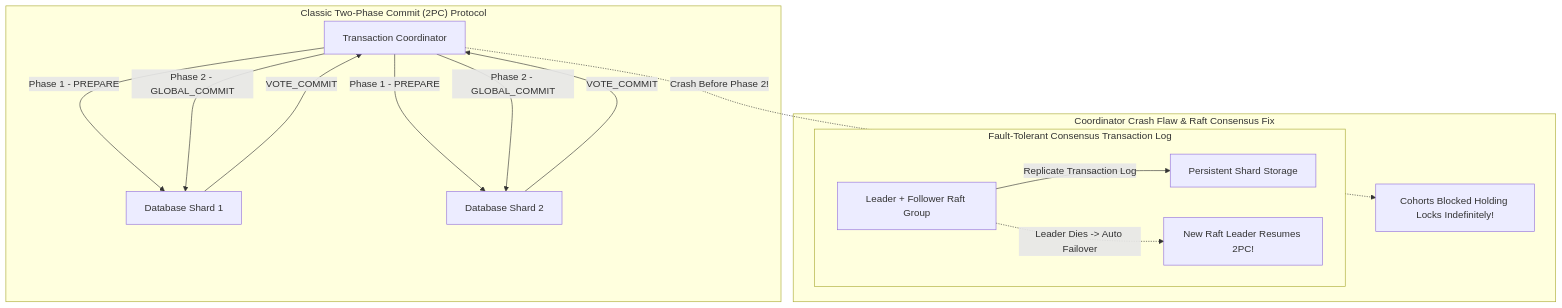
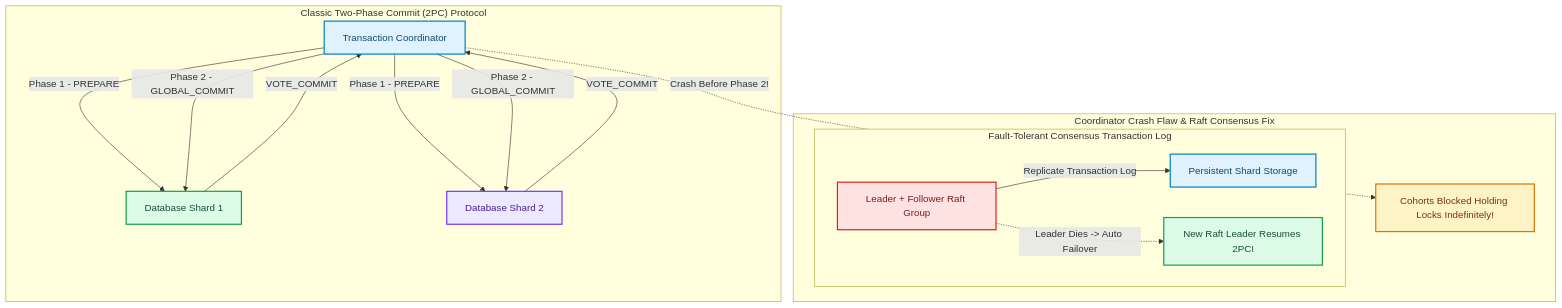
Before and after one commit to akmalkhaniub/akmalkhaniub.github.io: the diagram in blog/posts/two-phase-commit-2pc-vs-3pc-paxos-raft-commit-logs.md, drawn with Mermaid. The commit also changed other lines of this file and 1291 other files, not shown here.

First line of the commit message:
feat(catalog): unique covers, scholarly references, and diagram palettes

````diff
--- a/blog/posts/two-phase-commit-2pc-vs-3pc-paxos-raft-commit-logs.md
+++ b/blog/posts/two-phase-commit-2pc-vs-3pc-paxos-raft-commit-logs.md
@@ -23,22 +23,33 @@
 ```mermaid
 flowchart TD
   subgraph SG1_ClassicTwoPhase ["Classic Two-Phase Commit (2PC) Protocol"]
-    Coord[Transaction Coordinator] -->|Phase 1 - PREPARE| Cohort1[Database Shard 1]
-    Coord -->|Phase 1 - PREPARE| Cohort2[Database Shard 2]
+    Coord["Transaction Coordinator"] -->|Phase 1 - PREPARE| Cohort1["Database Shard 1"]
+    Coord -->|Phase 1 - PREPARE| Cohort2["Database Shard 2"]
     
     Cohort1 -->|VOTE_COMMIT| Coord
     Cohort2 -->|VOTE_COMMIT| Coord
     
     Coord -->|Phase 2 - GLOBAL_COMMIT| Cohort1
     Coord -->|Phase 2 - GLOBAL_COMMIT| Cohort2
   end
   
   subgraph SG2_CoordinatorCrashFlaw ["Coordinator Crash Flaw & Raft Consensus Fix"]
     Coord -.->|Crash Before Phase 2!| Blocked[" Cohorts Blocked Holding Locks Indefinitely!"]
     
     subgraph SG3_FaultTolerantConsensus ["Fault-Tolerant Consensus Transaction Log"]
-      RaftGroup["Leader + Follower Raft Group"] -->|Replicate Transaction Log| Storage[Persistent Shard Storage]
-      RaftGroup -.->|Leader Dies -> Auto Failover| NewLeader[New Raft Leader Resumes 2PC!]
+      RaftGroup["Leader + Follower Raft Group"] -->|Replicate Transaction Log| Storage["Persistent Shard Storage"]
+      RaftGroup -.->|Leader Dies -> Auto Failover| NewLeader["New Raft Leader Resumes 2PC!"]
     end
   end
+
+classDef green fill:#dcfce7,stroke:#16a34a,stroke-width:2px,color:#14532d;
+classDef red fill:#fee2e2,stroke:#dc2626,stroke-width:2px,color:#7f1d1d;
+classDef blue fill:#e0f2fe,stroke:#0284c7,stroke-width:2px,color:#0c4a6e;
+classDef yellow fill:#fef3c7,stroke:#d97706,stroke-width:2px,color:#78350f;
+classDef purple fill:#ede9fe,stroke:#7c3aed,stroke-width:2px,color:#4c1d95;
+class Coord,Storage blue
+class Cohort1,NewLeader green
+class Cohort2 purple
+class Blocked yellow
+class RaftGroup red
 ```
````
